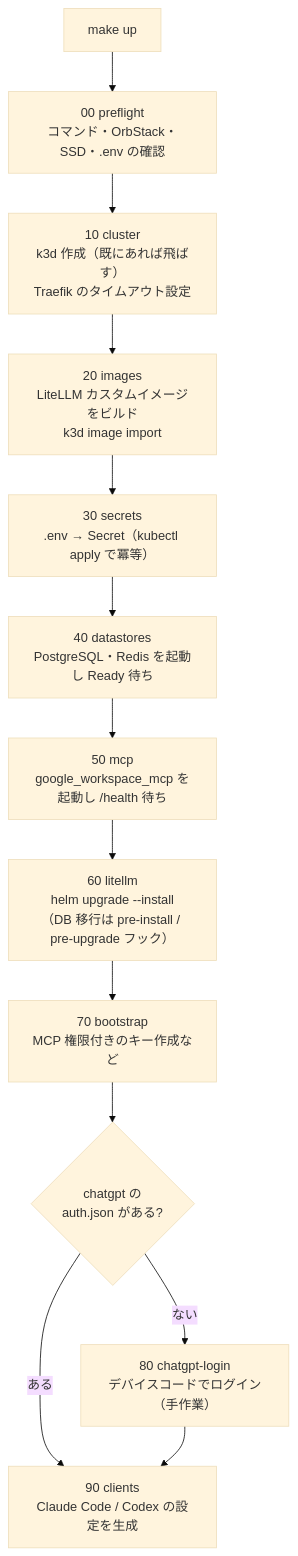
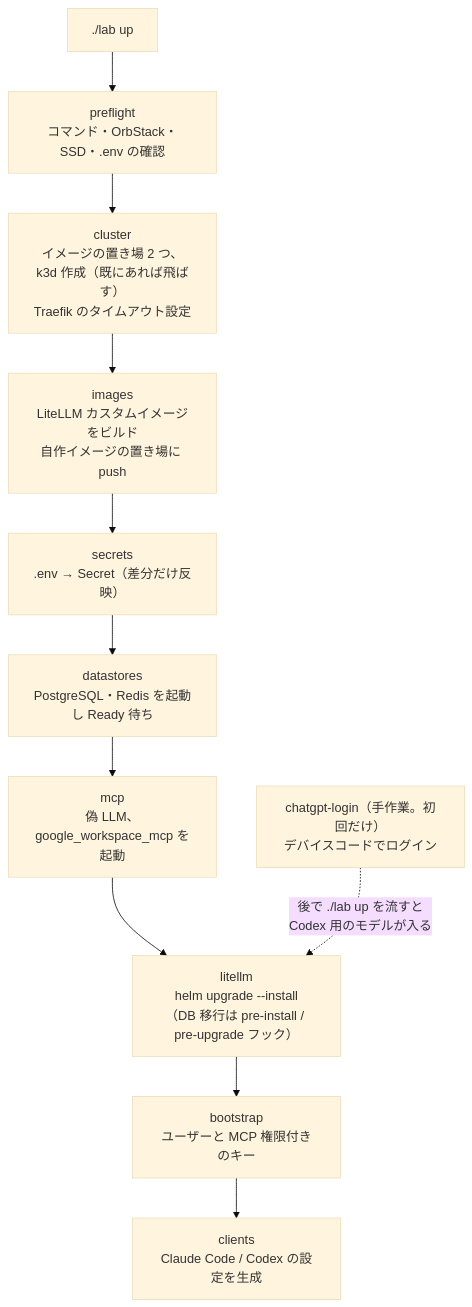
Before and after one commit to notfolder/litellm-agent-gateway-lab: the second of 3 diagrams in docs/design.md, drawn with Mermaid (base theme). The commit also changed other lines of this file and 41 other files, not shown here.

````diff
--- a/docs/design.md
+++ b/docs/design.md
@@ -146,15 +137,13 @@
 ```mermaid
 flowchart TB
-    A["make up"] --> P["00 preflight<br/>コマンド・OrbStack・SSD・.env の確認"]
-    P --> C["10 cluster<br/>k3d 作成（既にあれば飛ばす）<br/>Traefik のタイムアウト設定"]
-    C --> I["20 images<br/>LiteLLM カスタムイメージをビルド<br/>k3d image import"]
-    I --> S["30 secrets<br/>.env → Secret（kubectl apply で冪等）"]
-    S --> D["40 datastores<br/>PostgreSQL・Redis を起動し Ready 待ち"]
-    D --> M["50 mcp<br/>google_workspace_mcp を起動し /health 待ち"]
-    M --> L["60 litellm<br/>helm upgrade --install<br/>（DB 移行は pre-install / pre-upgrade フック）"]
-    L --> B["70 bootstrap<br/>MCP 権限付きのキー作成など"]
-    B --> G{"chatgpt の<br/>auth.json がある?"}
-    G -- ない --> GL["80 chatgpt-login<br/>デバイスコードでログイン（手作業）"]
-    G -- ある --> CL
-    GL --> CL["90 clients<br/>Claude Code / Codex の設定を生成"]
+    A["./lab up"] --> P["preflight<br/>コマンド・OrbStack・SSD・.env の確認"]
+    P --> C["cluster<br/>イメージの置き場 2 つ、k3d 作成（既にあれば飛ばす）<br/>Traefik のタイムアウト設定"]
+    C --> I["images<br/>LiteLLM カスタムイメージをビルド<br/>自作イメージの置き場に push"]
+    I --> S["secrets<br/>.env → Secret（差分だけ反映）"]
+    S --> D["datastores<br/>PostgreSQL・Redis を起動し Ready 待ち"]
+    D --> M["mcp<br/>偽 LLM、google_workspace_mcp を起動"]
+    M --> L["litellm<br/>helm upgrade --install<br/>（DB 移行は pre-install / pre-upgrade フック）"]
+    L --> B["bootstrap<br/>ユーザーと MCP 権限付きのキー"]
+    B --> CL["clients<br/>Claude Code / Codex の設定を生成"]
+    G["chatgpt-login（手作業。初回だけ）<br/>デバイスコードでログイン"] -. "後で ./lab up を流すと<br/>Codex 用のモデルが入る" .-> L
 ```
````
